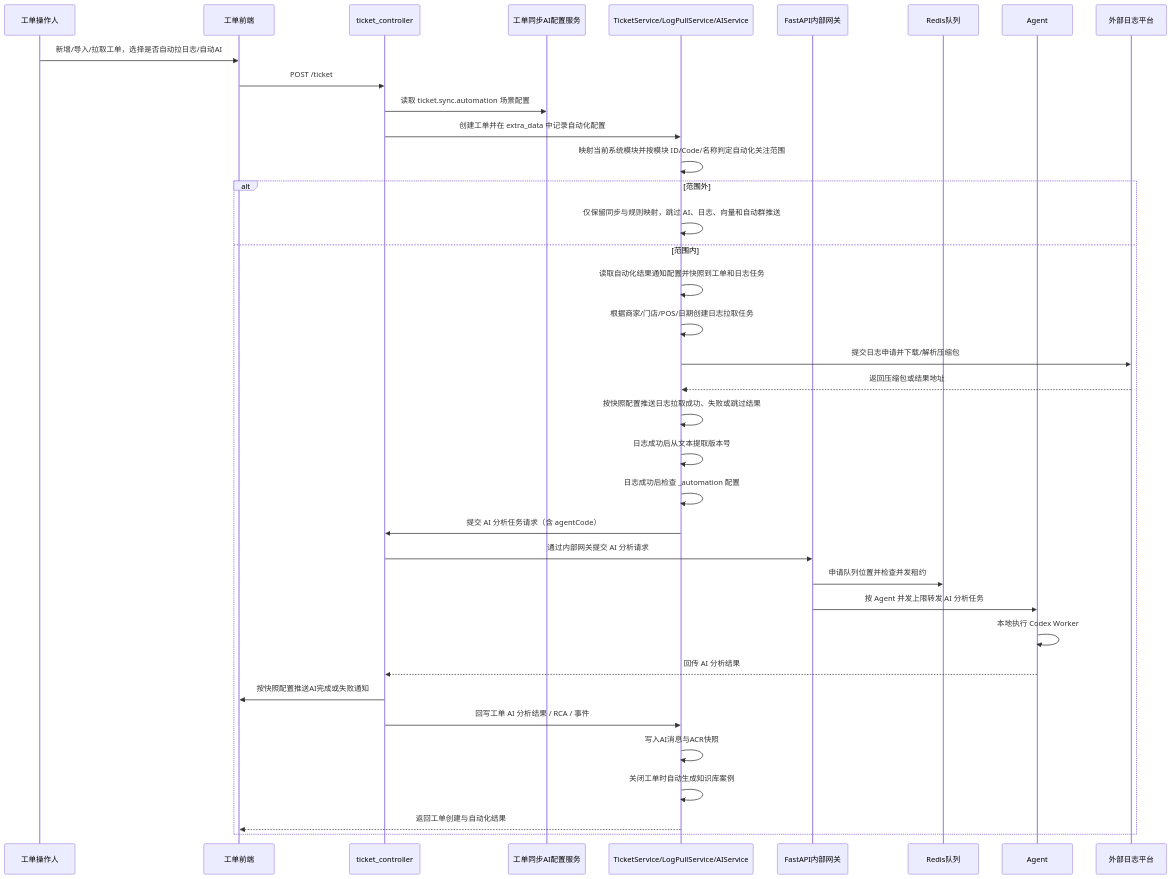
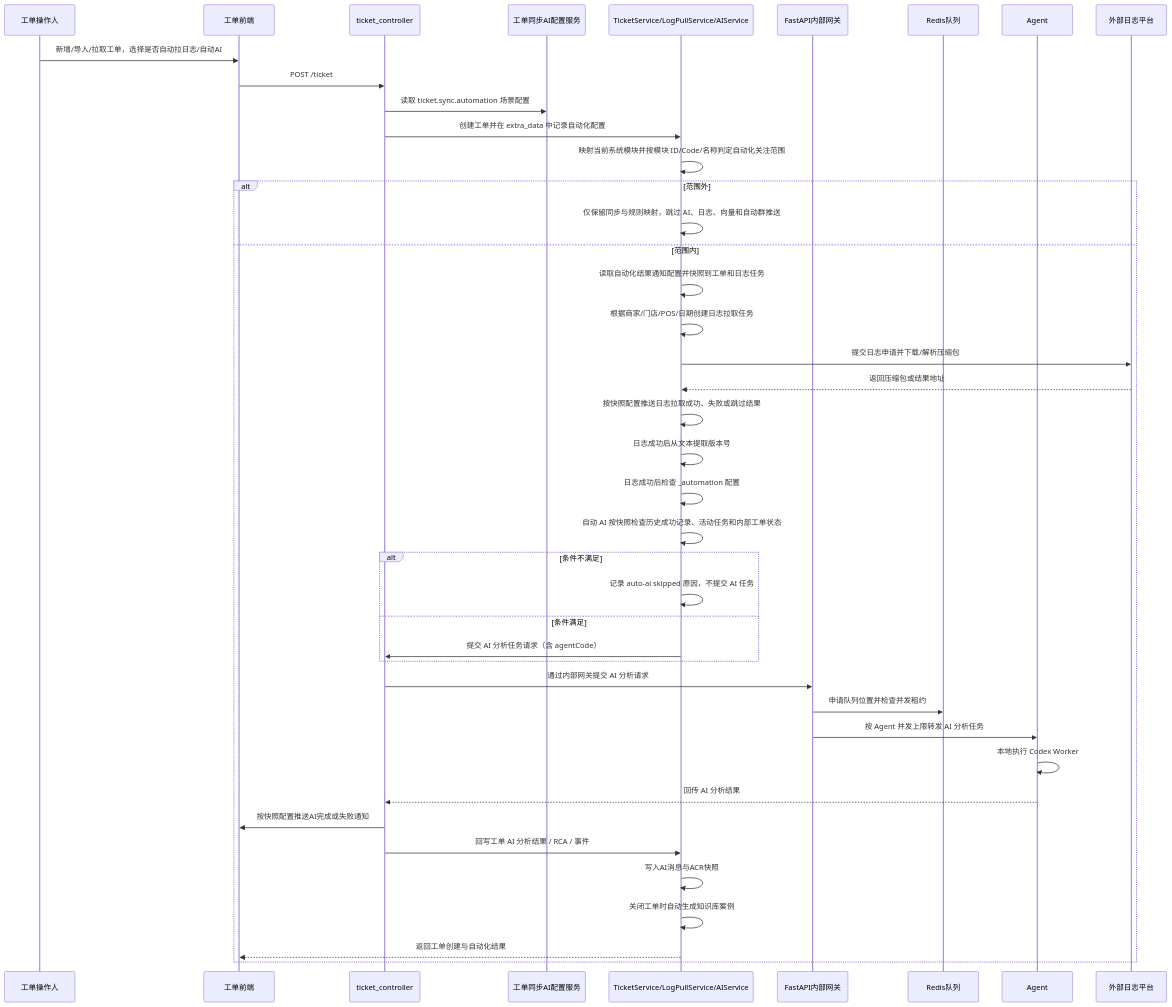
One commit to diaodeng/ApiTestPlatform changed the diagram in wiki/flows/ticket-automation-flow.md. Above: the diagram before and after it, drawn with Mermaid. The commit also changed other lines of this file and 11 other files, not shown here.

````diff
--- a/wiki/flows/ticket-automation-flow.md
+++ b/wiki/flows/ticket-automation-flow.md
@@ -30,40 +30,45 @@
 ```mermaid
 sequenceDiagram
   participant U as 工单操作人
   participant W as 工单前端
   participant C as ticket_controller
   participant CFG as 工单同步AI配置服务
   participant S as TicketService/LogPullService/AIService
   participant GW as FastAPI内部网关
   participant R as Redis队列
   participant A as Agent
   participant X as 外部日志平台
 
   U->>W: 新增/导入/拉取工单，选择是否自动拉日志/自动AI
   W->>C: POST /ticket
   C->>CFG: 读取 ticket.sync.automation 场景配置
   C->>S: 创建工单并在 extra_data 中记录自动化配置
   S->>S: 映射当前系统模块并按模块 ID/Code/名称判定自动化关注范围
   alt 范围外
     S->>S: 仅保留同步与规则映射，跳过 AI、日志、向量和自动群推送
   else 范围内
   S->>S: 读取自动化结果通知配置并快照到工单和日志任务
   S->>S: 根据商家/门店/POS/日期创建日志拉取任务
   S->>X: 提交日志申请并下载/解析压缩包
   X-->>S: 返回压缩包或结果地址
   S->>S: 按快照配置推送日志拉取成功、失败或跳过结果
   S->>S: 日志成功后从文本提取版本号
   S->>S: 日志成功后检查 _automation 配置
-  S->>C: 提交 AI 分析任务请求（含 agentCode）
+  S->>S: 自动 AI 按快照检查历史成功记录、活动任务和内部工单状态
+  alt 条件不满足
+    S->>S: 记录 auto-ai skipped 原因，不提交 AI 任务
+  else 条件满足
+    S->>C: 提交 AI 分析任务请求（含 agentCode）
+  end
   C->>GW: 通过内部网关提交 AI 分析请求
   GW->>R: 申请队列位置并检查并发租约
   GW->>A: 按 Agent 并发上限转发 AI 分析任务
   A->>A: 本地执行 Codex Worker
   A-->>C: 回传 AI 分析结果
   C->>W: 按快照配置推送AI完成或失败通知
   C->>S: 回写工单 AI 分析结果 / RCA / 事件
   S->>S: 写入AI消息与ACR快照
   S->>S: 关闭工单时自动生成知识库案例
   S-->>W: 返回工单创建与自动化结果
   end
 ```
````
